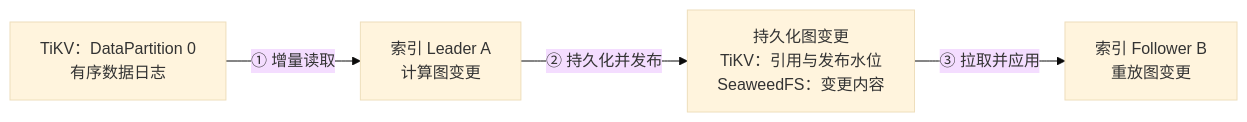
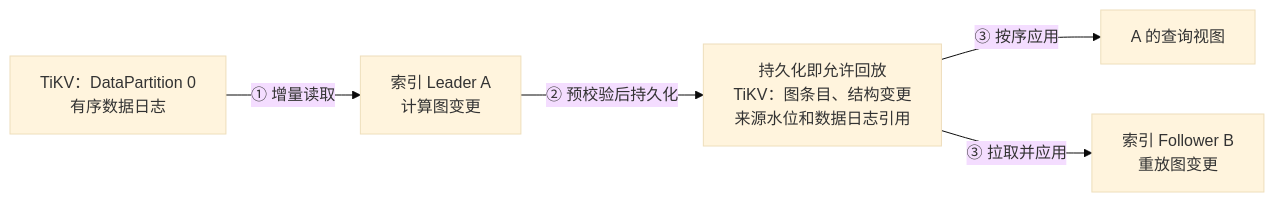
Before and after one commit to youyou-myheart/vecdb: the second of 3 diagrams in ARCHITECTURE.md, drawn with Mermaid (base theme). The commit also changed other lines of this file and 95 other files, not shown here.

First line of the commit message:
Optimize graph replication with reference logs and leased writers

````diff
--- a/ARCHITECTURE.md
+++ b/ARCHITECTURE.md
@@ -48,6 +48,7 @@
 ```mermaid
 flowchart LR
     D["TiKV：DataPartition 0<br/>有序数据日志"] -->|① 增量读取| A["索引 Leader A<br/>计算图变更"]
-    A -->|② 持久化并发布| L["持久化图变更<br/>TiKV：引用与发布水位<br/>SeaweedFS：变更内容"]
+    A -->|② 预校验后持久化| L["持久化即允许回放<br/>TiKV：图条目、结构变更<br/>来源水位和数据日志引用"]
+    L -->|③ 按序应用| AQ["A 的查询视图"]
     L -->|③ 拉取并应用| B["索引 Follower B<br/>重放图变更"]
 ```
````
